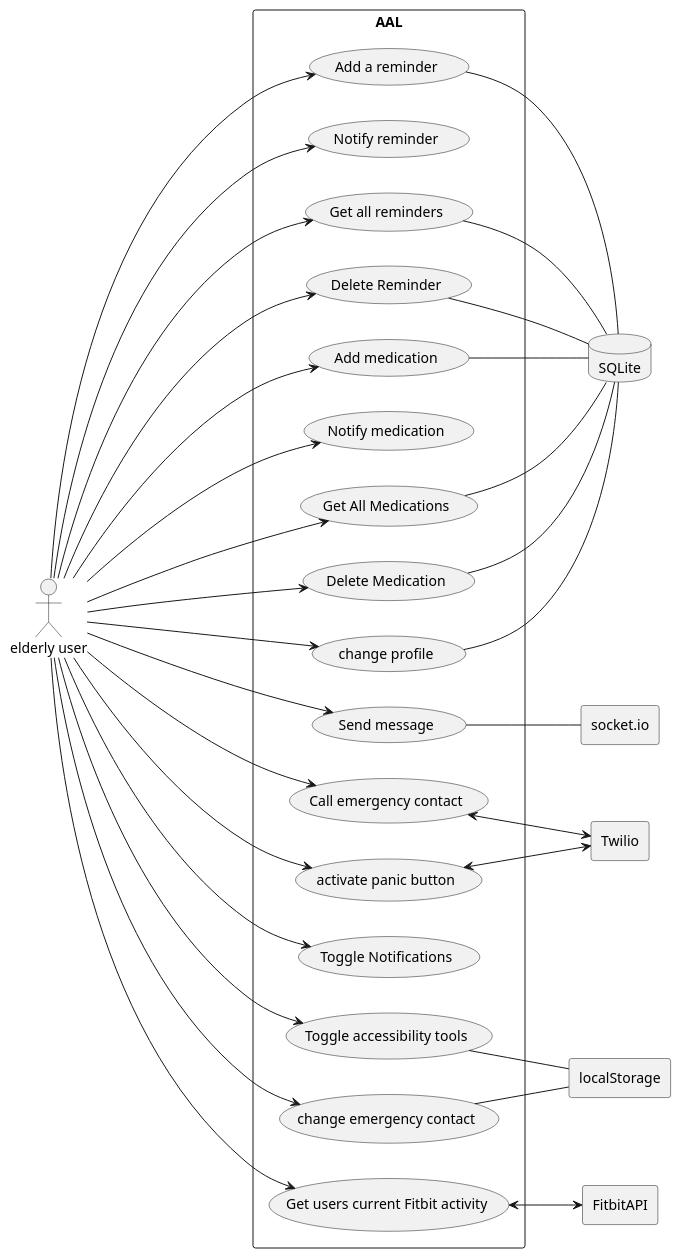
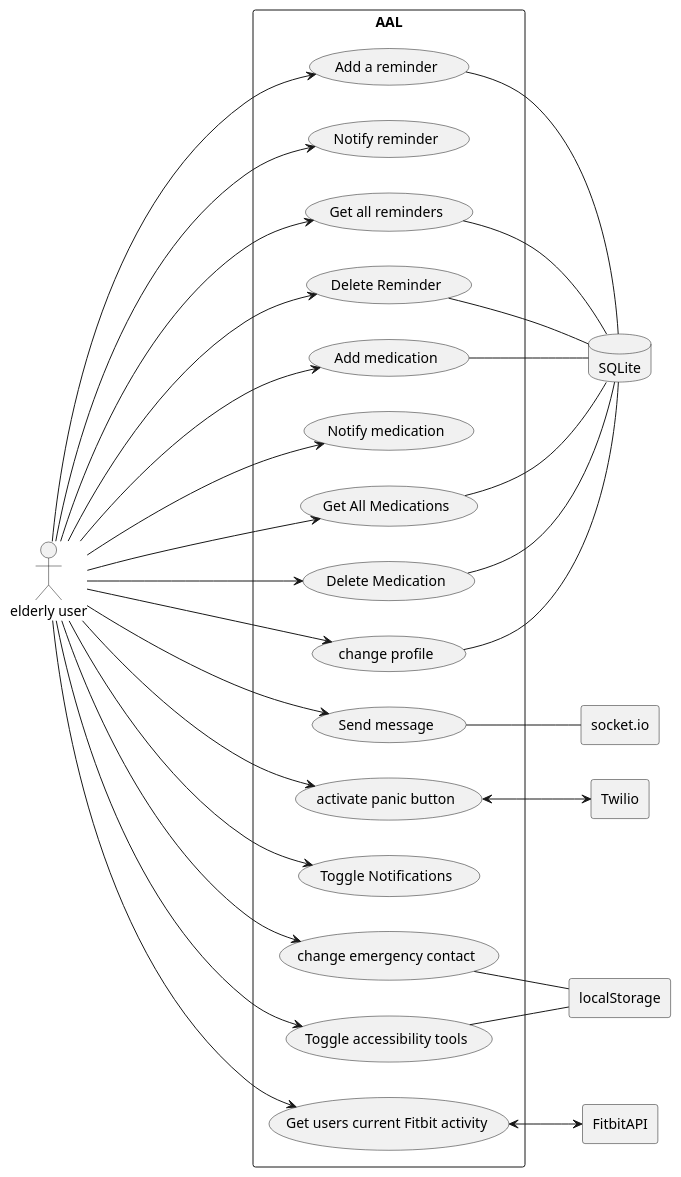
Before and after one commit to gurvirdhillon/AAL-project: the diagram in PUML-designs/useCase2.puml, drawn with PlantUML.

Commit message:
removed the twilio feature that has been removed

```diff
--- a/PUML-designs/useCase2.puml
+++ b/PUML-designs/useCase2.puml
@@ -1,50 +1,48 @@
 @startuml AAL-living UseCases
 
 :elderly user: as ElderlyUser
 
 rectangle "AAL" as AAL {
   left to right direction
 
 ElderlyUser ----> (Add a reminder)
 ElderlyUser ---> (Notify reminder)
 ElderlyUser ---> (Get all reminders)
 ElderlyUser ---> (Delete Reminder)
 ElderlyUser ---> (Add medication)
 ElderlyUser --> (Notify medication)
 ElderlyUser --> (Get All Medications)
 ElderlyUser --> (Delete Medication)
-ElderlyUser ---> (Call emergency contact)
 ElderlyUser ---> (Send message)
 ElderlyUser ---> (activate panic button)
 ElderlyUser --> (change profile)
 ElderlyUser --> (Toggle Notifications)
 ElderlyUser ---> (Toggle accessibility tools)
 ElderlyUser ---> (change emergency contact)
 ElderlyUser ----> (Get users current Fitbit activity)
 }
 
 rectangle "Twilio" as TwilioAPI
 rectangle "FitbitAPI" as FitbitAPI
 database "SQLite" as DB
 rectangle "socket.io" as SocketIO
 rectangle "localStorage" as localStorage
 
 (activate panic button) <--> TwilioAPI
-(Call emergency contact) <--> TwilioAPI
 (Get users current Fitbit activity) <--> FitbitAPI
 
 (Add a reminder) -- DB
 (Get all reminders) -- DB
 (Delete Reminder) -- DB
 (change emergency contact) -- localStorage
 (Toggle accessibility tools) -- localStorage
 (change profile) -- DB
 
 (Add medication) -- DB
 (Delete Medication) -- DB
 (Get All Medications) -- DB
 
 (Send message) -- SocketIO
 
 
 @enduml
```
